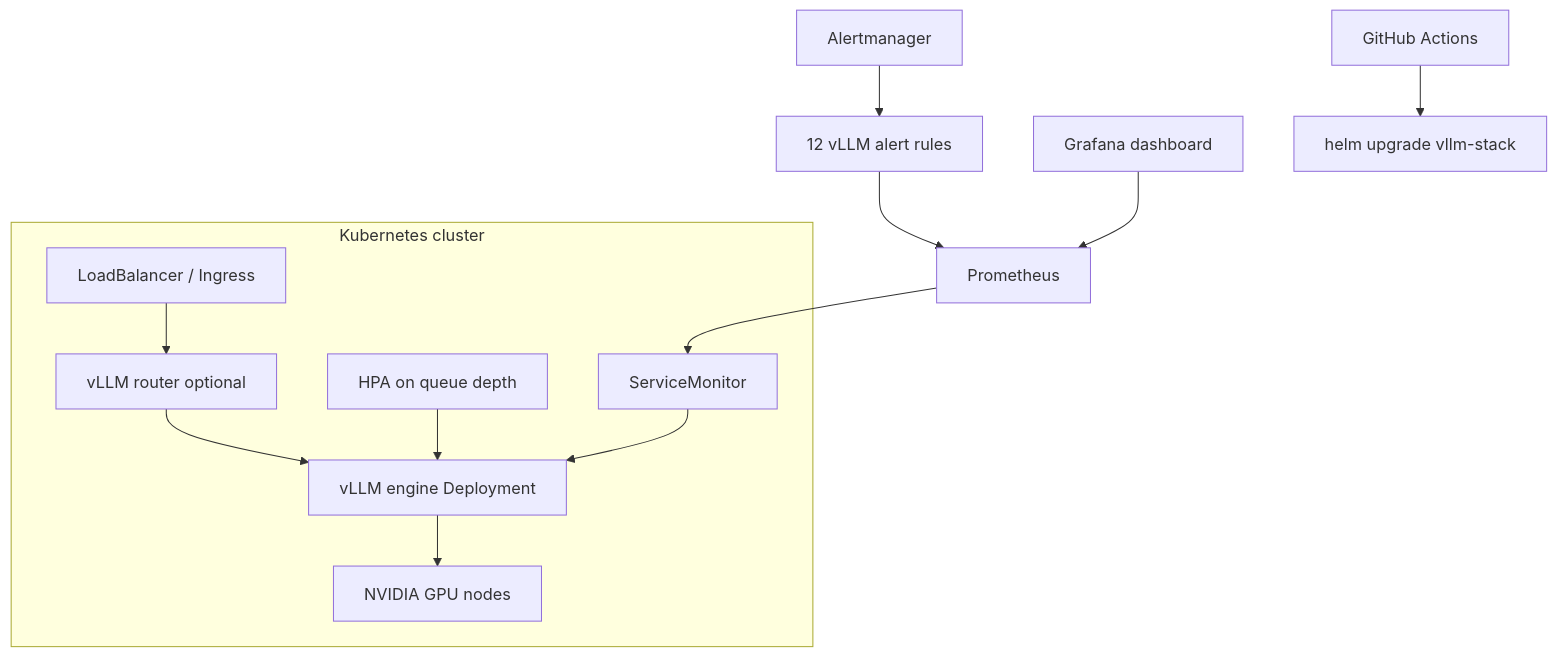
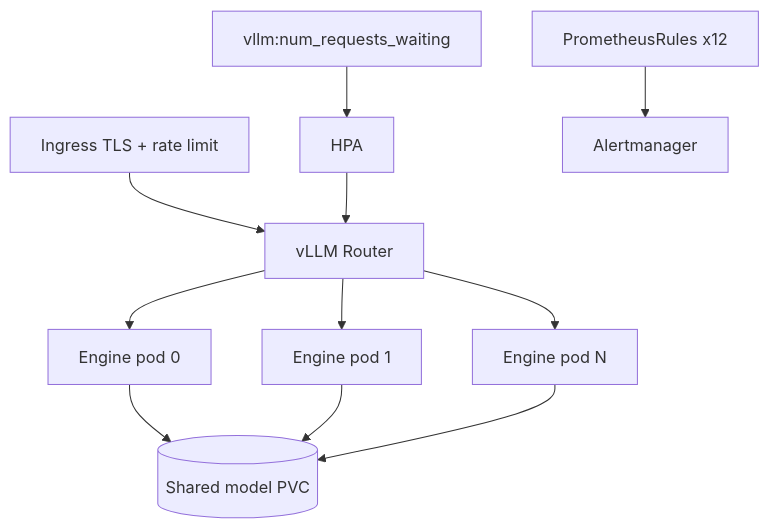
Before and after one commit to ArchanaChetan07/KubeInfer: the first of 3 diagrams in README.md, drawn with Mermaid. The commit also changed other lines of this file, not shown here.

Commit message:
docs: FAANG-ready professional README with diagrams and verified metrics

````diff
--- a/README.md
+++ b/README.md
@@ -30,15 +28,13 @@
 ```mermaid
 flowchart TB
-    subgraph K8s["Kubernetes cluster"]
-        ING[LoadBalancer / Ingress] --> RTR[vLLM router optional]
-        RTR --> ENG[vLLM engine Deployment]
-        HPA[HPA on queue depth] --> ENG
-        ENG --> GPU[NVIDIA GPU nodes]
-        SM[ServiceMonitor] --> ENG
-    end
-    PROM[Prometheus] --> SM
-    AM[Alertmanager] --> RULES[12 vLLM alert rules]
-    RULES --> PROM
-    GRAF[Grafana dashboard] --> PROM
-    GIT[GitHub Actions] --> HELM[helm upgrade vllm-stack]
+  IN[Ingress TLS + rate limit] --> R[vLLM Router]
+  R --> E0[Engine pod 0]
+  R --> E1[Engine pod 1]
+  R --> EN[Engine pod N]
+  E0 --> PVC[(Shared model PVC)]
+  E1 --> PVC
+  EN --> PVC
+  Q[vllm:num_requests_waiting] --> HPA[HPA]
+  HPA --> R
+  M[PrometheusRules x12] --> AM[Alertmanager]
 ```
````
